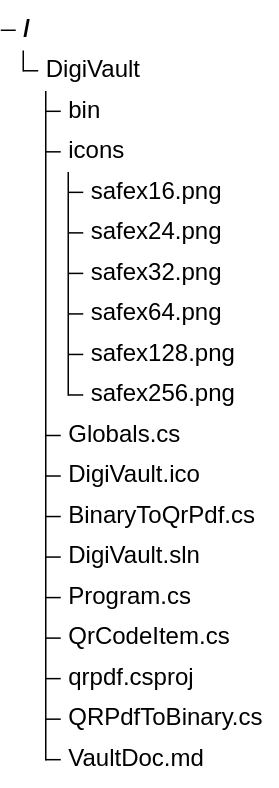
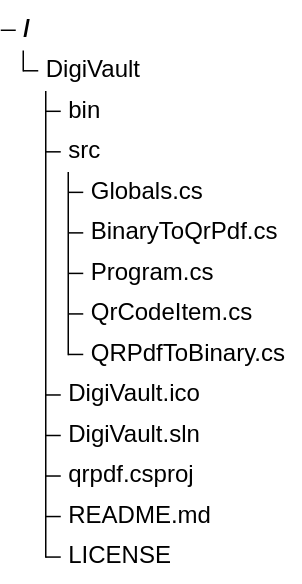
Before and after one commit to Prasad-Khandekar/altarctic-vault: the diagram in README.md, drawn with Mermaid (forest theme).

````diff
--- a/README.md
+++ b/README.md
@@ -18,21 +18,16 @@
 ```mermaid
 treeView-beta
 "DigiVault"
     "bin"
-    "icons"
-        "safex16.png"
-        "safex24.png"
-        "safex32.png"
-        "safex64.png"
-        "safex128.png"
-        "safex256.png"
-    "Globals.cs"
+    "src"
+        "Globals.cs"
+        "BinaryToQrPdf.cs"
+        "Program.cs"
+        "QrCodeItem.cs"
+        "QRPdfToBinary.cs"
     "DigiVault.ico"
-    "BinaryToQrPdf.cs"
     "DigiVault.sln"
-    "Program.cs"
-    "QrCodeItem.cs"
     "qrpdf.csproj"
-    "QRPdfToBinary.cs"
-    "VaultDoc.md"
+    "README.md"
+    "LICENSE"
 ```
````
